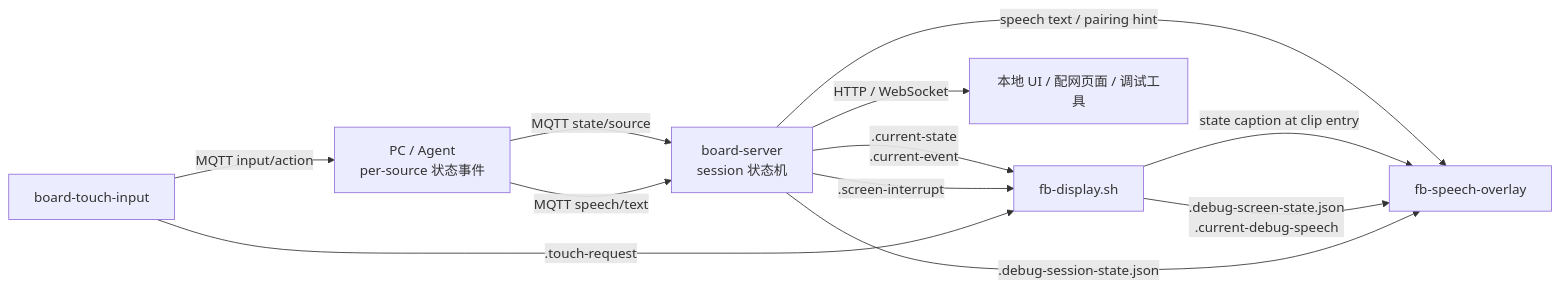
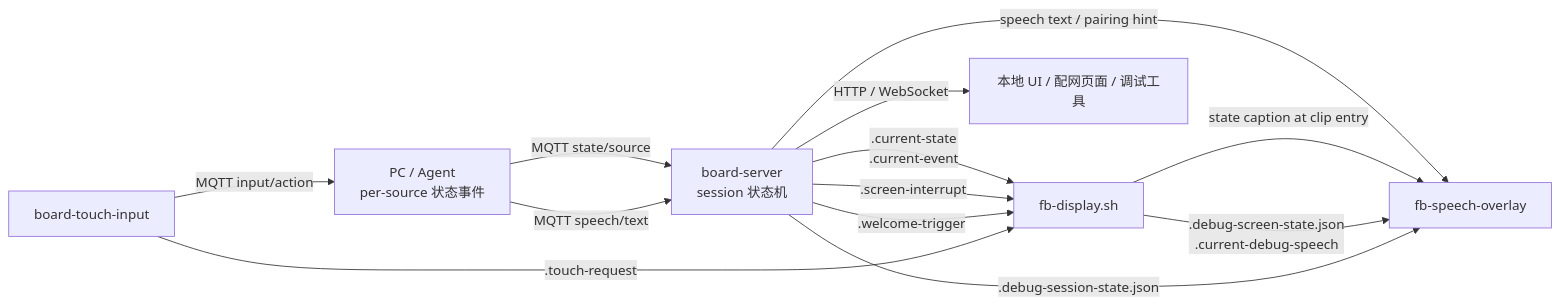
The diagram in board-runtime/docs/device-runtime-design.md (YizhengWw/HachimoDock), drawn with Mermaid before and after one commit. The commit also changed other lines of this file and 38 other files, not shown here.

Commit message:
Update appearance generation and device sync flows

````diff
--- a/board-runtime/docs/device-runtime-design.md
+++ b/board-runtime/docs/device-runtime-design.md
@@ -69,14 +69,15 @@
 ```mermaid
 flowchart LR
   Upstream["PC / Agent<br/>per-source 状态事件"] -->|MQTT state/source| Server["board-server<br/>session 状态机"]
   Upstream -->|MQTT speech/text| Server
   Server -->|.current-state<br/>.current-event| Display["fb-display.sh"]
   Server -->|speech text / pairing hint| Overlay["fb-speech-overlay"]
   Display -->|state caption at clip entry| Overlay
   Server -->|.screen-interrupt| Display
+  Server -->|.welcome-trigger| Display
   Touch["board-touch-input"] -->|.touch-request| Display
   Touch -->|MQTT input/action| Upstream
   Display -->|.debug-screen-state.json<br/>.current-debug-speech| Overlay
   Server -->|.debug-session-state.json| Overlay
   Server -->|HTTP / WebSocket| LocalUI["本地 UI / 配网页面 / 调试工具"]
 ```
````
